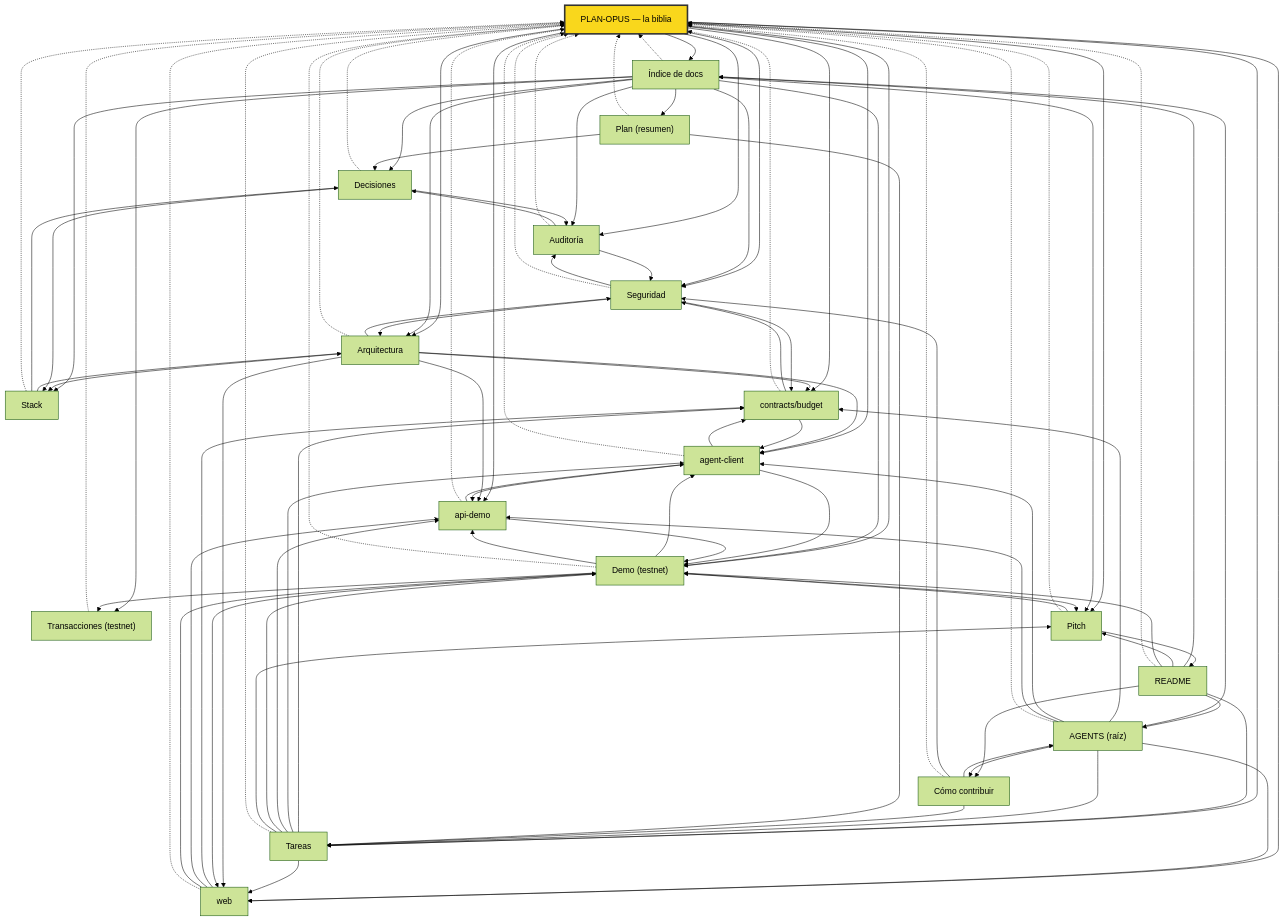
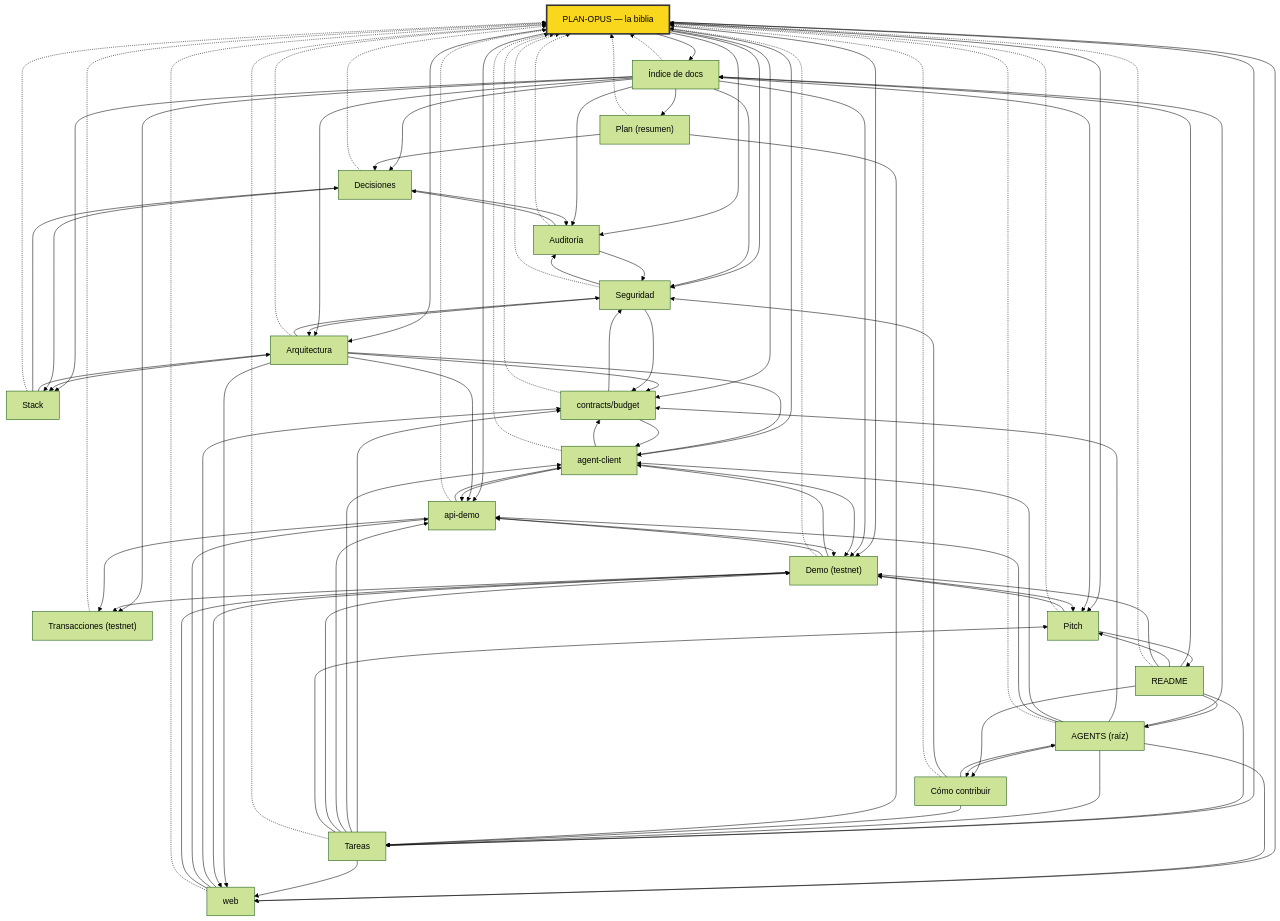
One commit to Milasur/quickchain changed the diagram in docs/MAPA.md. Above: the diagram before and after it, drawn with Mermaid (forest theme). The commit also changed other lines of this file and 4 other files, not shown here.

Commit message:
Q3: docs (AGENTS de api-demo, transacciones, decisiones, MAPA, .env.example)

```diff
--- a/docs/MAPA.md
+++ b/docs/MAPA.md
@@ -85,6 +85,7 @@
   docs_AUDITORIA_md --> docs_SEGURIDAD_md
   docs_DEMO_md --> docs_PITCH_md
   docs_DEMO_md --> docs_transacciones_md
+  api_demo_AGENTS_md --> docs_transacciones_md
   docs_DEMO_md --> agent_client_AGENTS_md
   docs_DEMO_md --> api_demo_AGENTS_md
   docs_DEMO_md --> web_AGENTS_md
```
